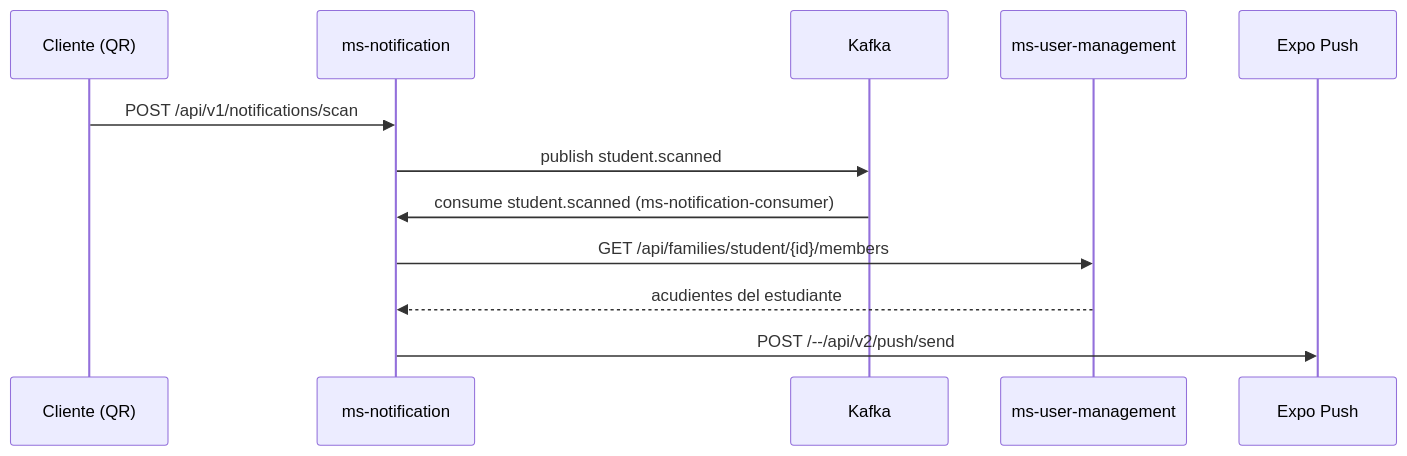
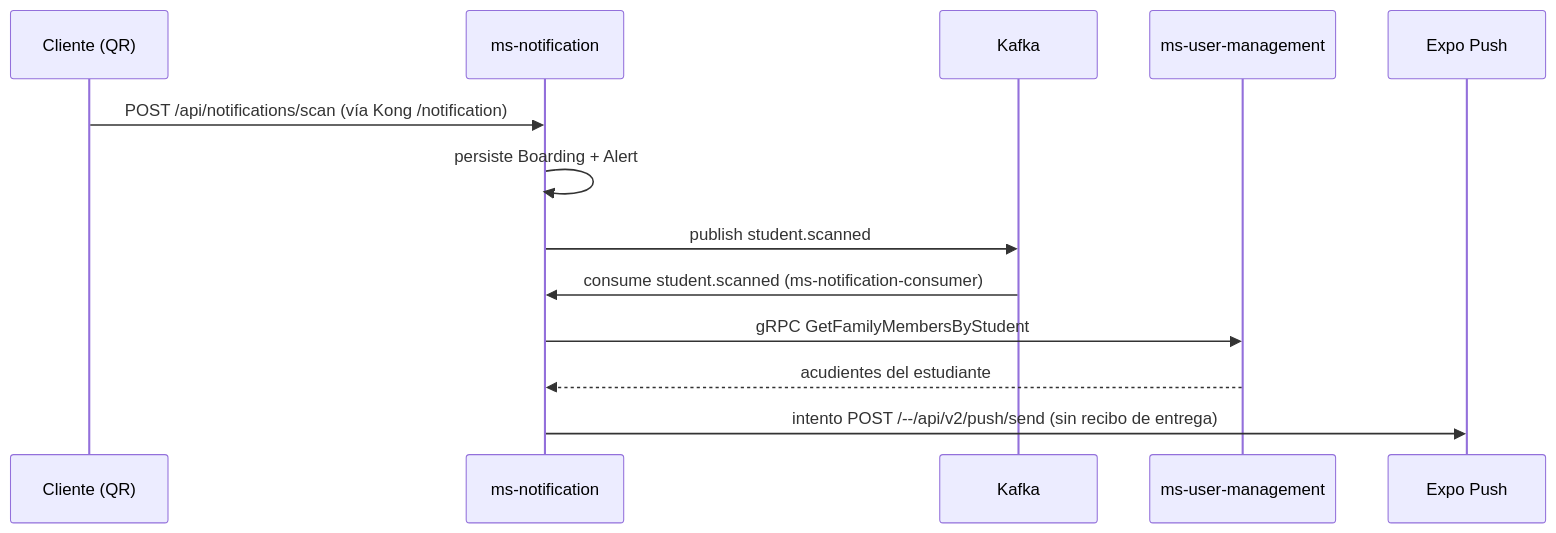
Before and after one commit to school-guardian-project/sg-documentation: the seventh of 12 diagrams in Manuales/es/Manual-Tecnico-Guardian-Escolar.md, drawn with Mermaid. The commit also changed other lines of this file and 1 other file, not shown here.

````diff
--- a/Manuales/es/Manual-Tecnico-Guardian-Escolar.md
+++ b/Manuales/es/Manual-Tecnico-Guardian-Escolar.md
@@ -446,14 +439,15 @@
 ```mermaid
 sequenceDiagram
     participant Cli as Cliente (QR)
     participant NOT as ms-notification
     participant KFK as Kafka
     participant UMU as ms-user-management
     participant EXPO as Expo Push
-    Cli->>NOT: POST /api/v1/notifications/scan
+    Cli->>NOT: POST /api/notifications/scan (vía Kong /notification)
+    NOT->>NOT: persiste Boarding + Alert
     NOT->>KFK: publish student.scanned
     KFK->>NOT: consume student.scanned (ms-notification-consumer)
-    NOT->>UMU: GET /api/families/student/{id}/members
+    NOT->>UMU: gRPC GetFamilyMembersByStudent
     UMU-->>NOT: acudientes del estudiante
-    NOT->>EXPO: POST /--/api/v2/push/send
+    NOT->>EXPO: intento POST /--/api/v2/push/send (sin recibo de entrega)
 ```
````
